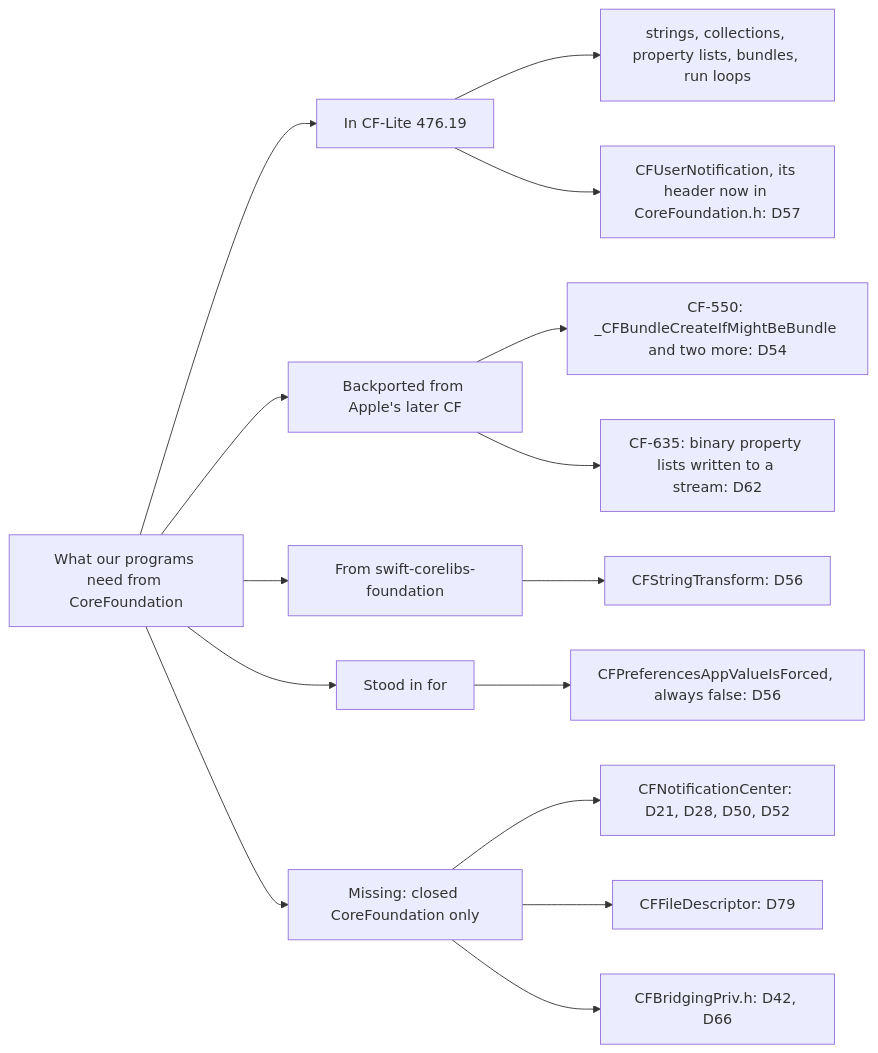
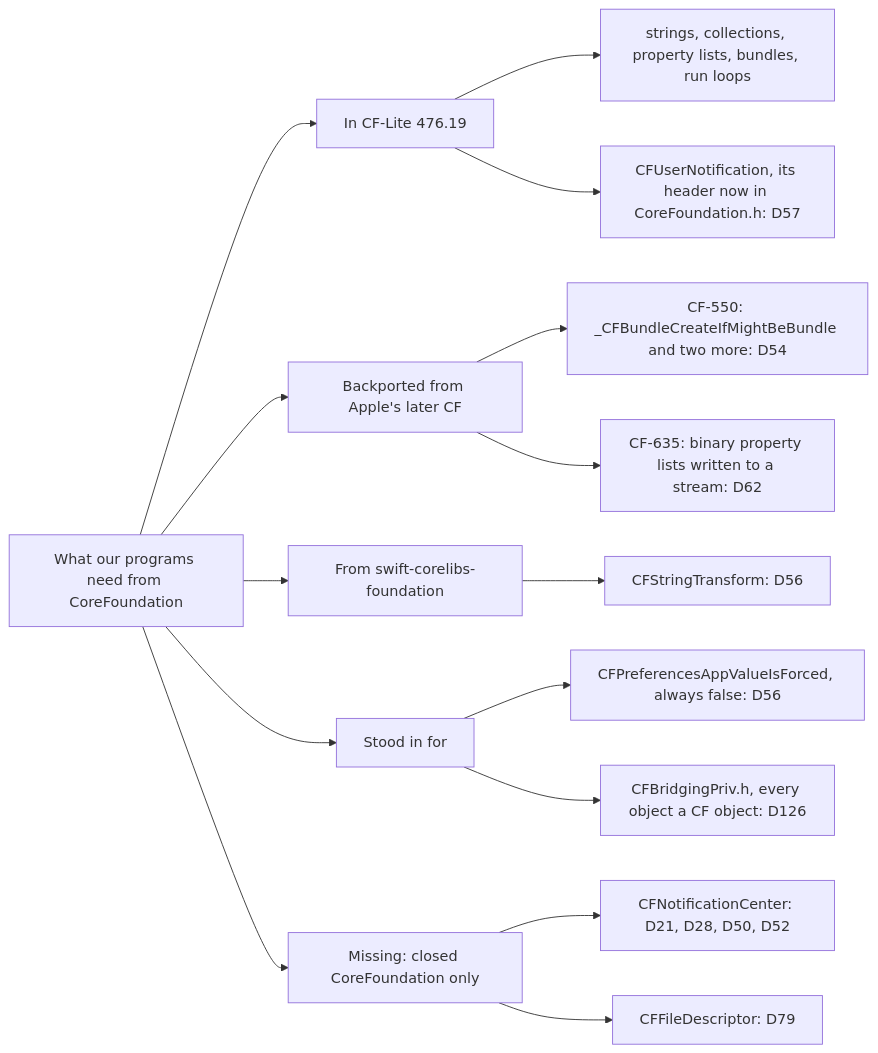
Before and after one commit to nyg/PowerDarwin: the second of 2 diagrams in docs/src/steps/step-3-security-and-daemons.md, drawn with Mermaid. The commit also changed 27 other files, not shown here.

````diff
--- a/docs/src/steps/step-3-security-and-daemons.md
+++ b/docs/src/steps/step-3-security-and-daemons.md
@@ -99,18 +99,18 @@
 ```mermaid
 flowchart LR
     cf["What our programs need from CoreFoundation"]
     cf --> lite["In CF-Lite 476.19"]
     cf --> back["Backported from Apple's later CF"]
     cf --> swift["From swift-corelibs-foundation"]
     cf --> stand["Stood in for"]
     cf --> closed["Missing: closed CoreFoundation only"]
     lite --> l1["strings, collections, property lists, bundles, run loops"]
     lite --> l2["CFUserNotification, its header now in CoreFoundation.h: D57"]
     back --> b1["CF-550: _CFBundleCreateIfMightBeBundle and two more: D54"]
     back --> b2["CF-635: binary property lists written to a stream: D62"]
     swift --> s1["CFStringTransform: D56"]
     stand --> f1["CFPreferencesAppValueIsForced, always false: D56"]
     closed --> c1["CFNotificationCenter: D21, D28, D50, D52"]
     closed --> c2["CFFileDescriptor: D79"]
-    closed --> c3["CFBridgingPriv.h: D42, D66"]
+    stand --> f2["CFBridgingPriv.h, every object a CF object: D126"]
 ```
````
